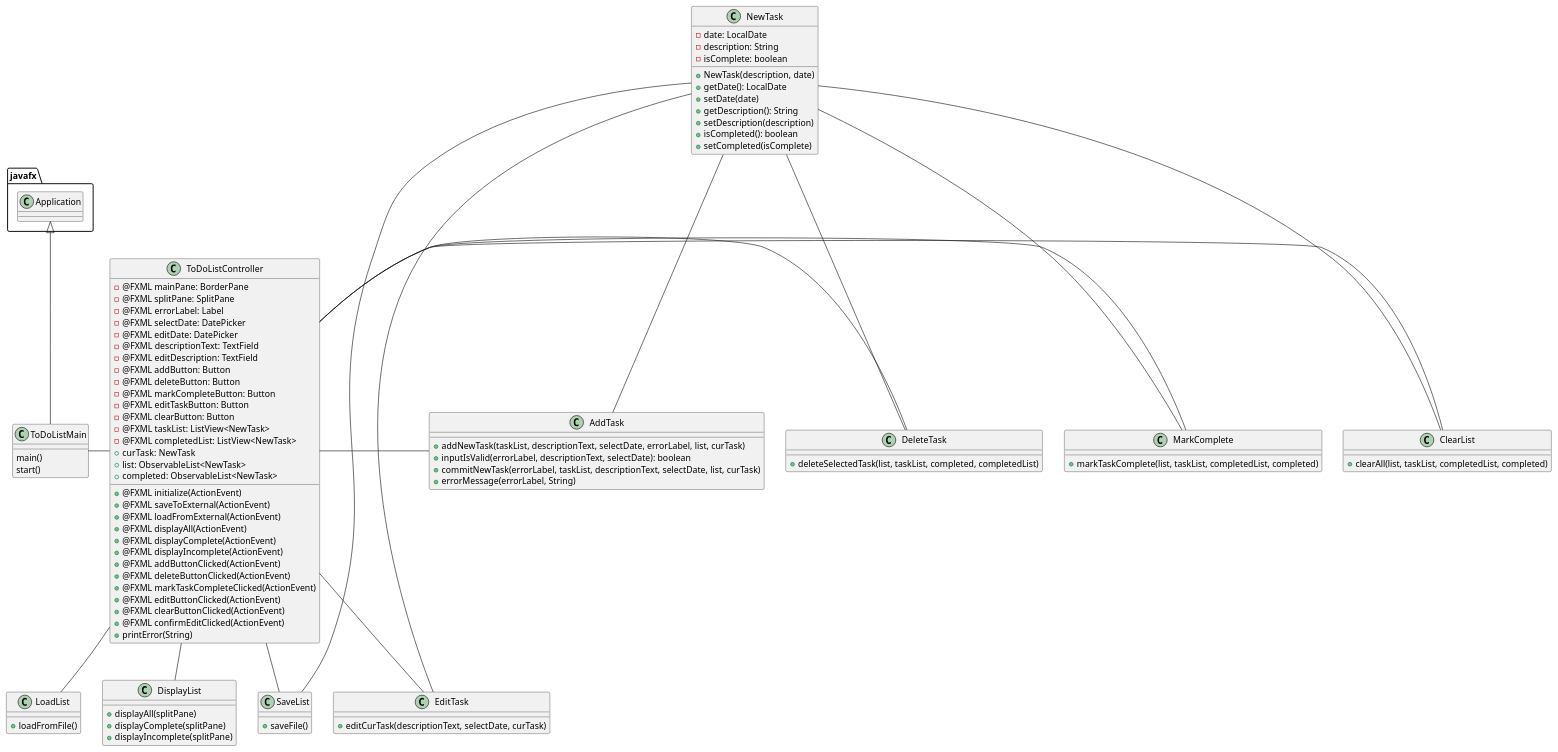
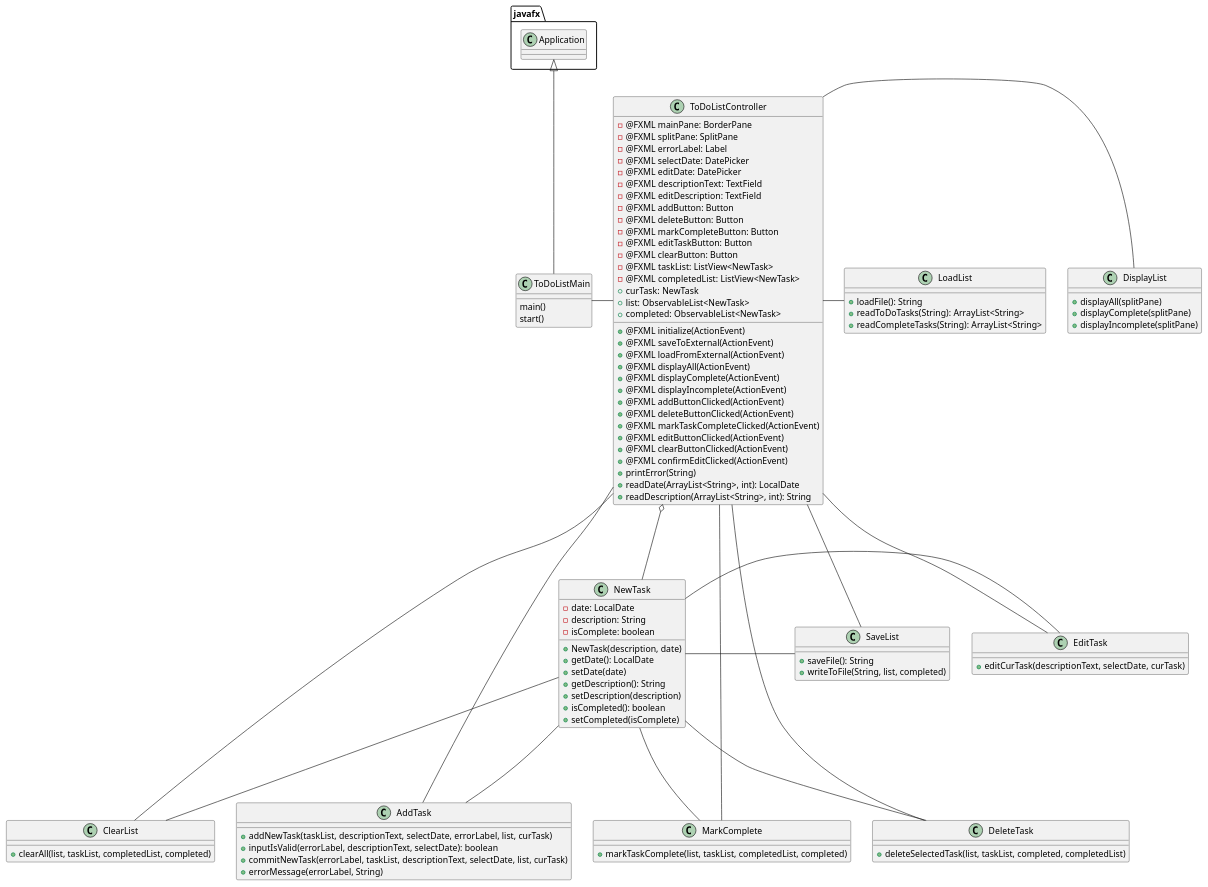
Before and after one commit to GabrielFernandez14/fernandez-cop3330-assignment4part2: the diagram in uml/ToDoListApp.puml, drawn with PlantUML. The commit also changed 8 other files, not shown here.

```diff
--- a/uml/ToDoListApp.puml
+++ b/uml/ToDoListApp.puml
@@ -1,111 +1,119 @@
 @startuml
 'https://plantuml.com/class-diagram
 
+'Sorry this looks terrible; bad solution = bad uml
 class ToDoListMain {
     main()
     start()
 }
 
 class ToDoListController {
     - @FXML mainPane: BorderPane
     - @FXML splitPane: SplitPane
     - @FXML errorLabel: Label
     - @FXML selectDate: DatePicker
     - @FXML editDate: DatePicker
     - @FXML descriptionText: TextField
     - @FXML editDescription: TextField
     - @FXML addButton: Button
     - @FXML deleteButton: Button
     - @FXML markCompleteButton: Button
     - @FXML editTaskButton: Button
     - @FXML clearButton: Button
     - @FXML taskList: ListView<NewTask>
     - @FXML completedList: ListView<NewTask>
     + curTask: NewTask
     + list: ObservableList<NewTask>
     + completed: ObservableList<NewTask>
 
     + @FXML initialize(ActionEvent)
     + @FXML saveToExternal(ActionEvent)
     + @FXML loadFromExternal(ActionEvent)
     + @FXML displayAll(ActionEvent)
     + @FXML displayComplete(ActionEvent)
     + @FXML displayIncomplete(ActionEvent)
     + @FXML addButtonClicked(ActionEvent)
     + @FXML deleteButtonClicked(ActionEvent)
     + @FXML markTaskCompleteClicked(ActionEvent)
     + @FXML editButtonClicked(ActionEvent)
     + @FXML clearButtonClicked(ActionEvent)
     + @FXML confirmEditClicked(ActionEvent)
     + printError(String)
+    + readDate(ArrayList<String>, int): LocalDate
+    + readDescription(ArrayList<String>, int): String
+
 }
 
 class NewTask {
     - date: LocalDate
     - description: String
     - isComplete: boolean
 
     + NewTask(description, date)
     + getDate(): LocalDate
     + setDate(date)
     + getDescription(): String
     + setDescription(description)
     + isCompleted(): boolean
     + setCompleted(isComplete)
 }
 
 class AddTask {
     + addNewTask(taskList, descriptionText, selectDate, errorLabel, list, curTask)
     + inputIsValid(errorLabel, descriptionText, selectDate): boolean
     + commitNewTask(errorLabel, taskList, descriptionText, selectDate, list, curTask)
     + errorMessage(errorLabel, String)
 }
 
 class DeleteTask {
     + deleteSelectedTask(list, taskList, completed, completedList)
 }
 
 class MarkComplete {
     + markTaskComplete(list, taskList, completedList, completed)
 }
 
 class DisplayList {
     + displayAll(splitPane)
     + displayComplete(splitPane)
     + displayIncomplete(splitPane)
 }
 
 class ClearList {
     + clearAll(list, taskList, completedList, completed)
 }
 
 class EditTask {
     + editCurTask(descriptionText, selectDate, curTask)
 }
 
 class SaveList {
-    + saveFile()
+    + saveFile(): String
+    + writeToFile(String, list, completed)
 }
 
 class LoadList {
-    + loadFromFile()
+    + loadFile(): String
+    + readToDoTasks(String): ArrayList<String>
+    + readCompleteTasks(String): ArrayList<String>
 }
 
 javafx.Application <|-- ToDoListMain
 ToDoListMain - ToDoListController
 ToDoListController - AddTask
-ToDoListController - DeleteTask
-ToDoListController - MarkComplete
+ToDoListController -- DeleteTask
+ToDoListController -- MarkComplete
 ToDoListController -- EditTask
 ToDoListController - ClearList
-ToDoListController -- DisplayList
-ToDoListController -- SaveList
-ToDoListController -- LoadList
+ToDoListController - DisplayList
+ToDoListController - SaveList
+ToDoListController - LoadList
+ToDoListController o--- NewTask
 NewTask --- AddTask
 NewTask --- DeleteTask
 NewTask --- MarkComplete
 NewTask - EditTask
 NewTask --- ClearList
 NewTask - SaveList
 
 @enduml
```
